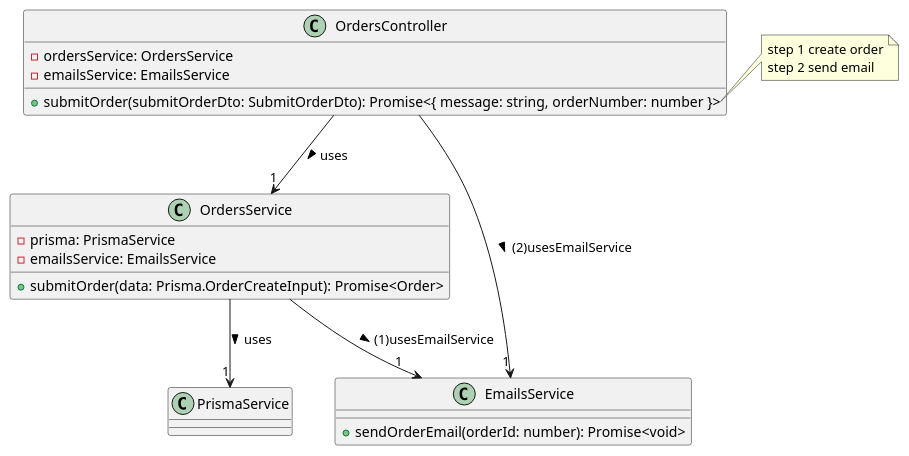
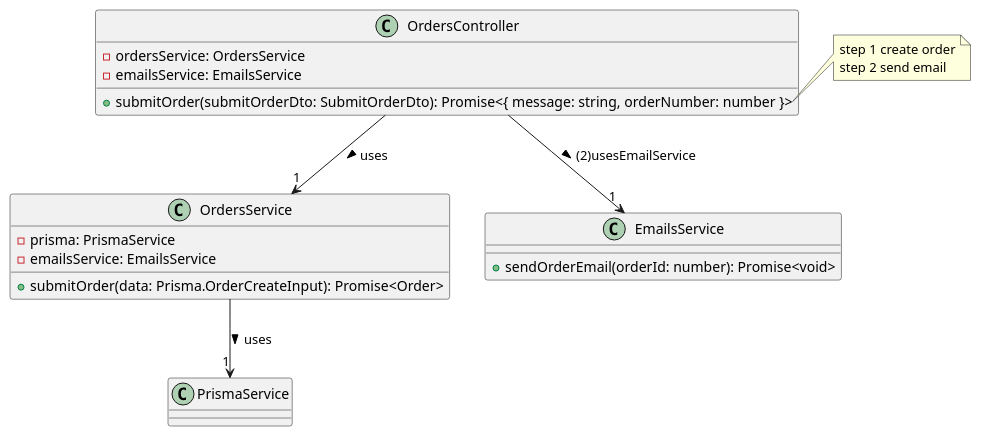
Before and after one commit to TedxTed/nest-solid: the diagram in src/modules/SRP/puml/ump.puml, drawn with PlantUML. The commit also changed 4 other files, not shown here.

```diff
--- a/src/modules/SRP/puml/ump.puml
+++ b/src/modules/SRP/puml/ump.puml
@@ -1,30 +1,29 @@
 @startuml
 
 class OrdersController {
   -ordersService: OrdersService
   -emailsService: EmailsService
   +submitOrder(submitOrderDto: SubmitOrderDto): Promise<{ message: string, orderNumber: number }>
 }
 
 note right of OrdersController::submitOrder
     step 1 create order
     step 2 send email
 end note
 
 class OrdersService {
   -prisma: PrismaService
   -emailsService: EmailsService
   +submitOrder(data: Prisma.OrderCreateInput): Promise<Order>
 }
 
 
 class EmailsService {
   +sendOrderEmail(orderId: number): Promise<void>
 }
 
 OrdersController --> "1" OrdersService : uses >
 OrdersController --> "1" EmailsService : (2)usesEmailService >
 OrdersService --> "1" PrismaService : uses >
-OrdersService --> "1" EmailsService : (1)usesEmailService >
 
 @enduml
```
